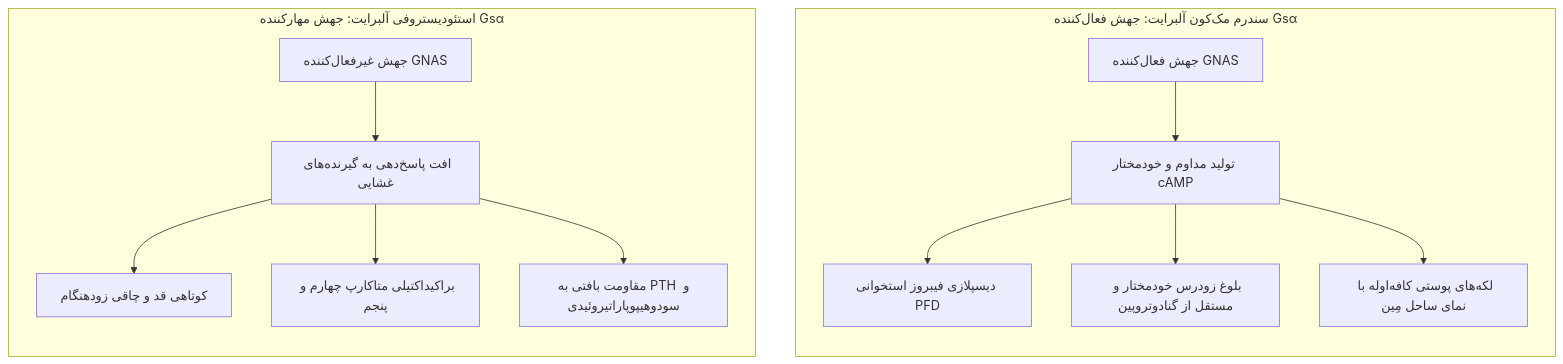
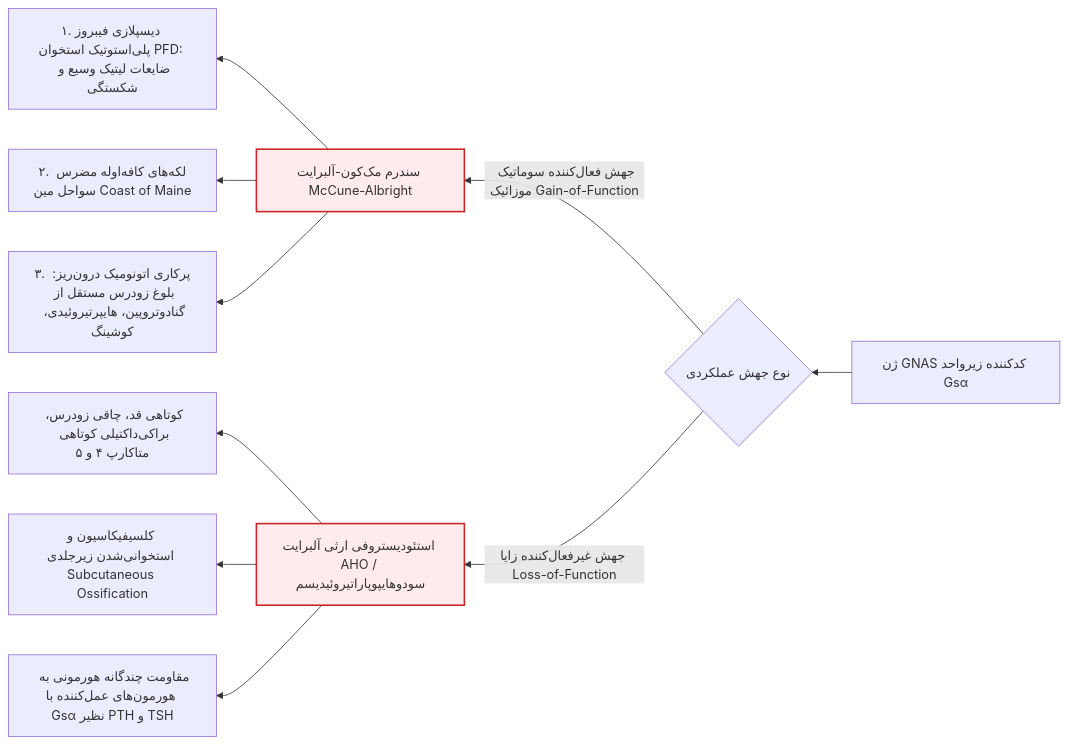
Before and after one commit to neopulse-hub/TUMS-1402-1-neo: the fifth of 8 diagrams in 07/مبانی غدد/کلیات.md, drawn with Mermaid. The commit also changed other lines of this file, not shown here.

````diff
--- a/07/مبانی غدد/کلیات.md
+++ b/07/مبانی غدد/کلیات.md
@@ -74,17 +186,17 @@
 ```mermaid
-flowchart TD
-    subgraph McCune_Albright ["سندرم مک‌کون آلبرایت: جهش فعال‌کننده Gsα"]
-    direction TB
-        A1[جهش فعال‌کننده GNAS] --> B1[تولید مداوم و خودمختار cAMP]
-        B1 --> C1[دیسپلازی فیبروز استخوانی PFD]
-        B1 --> C2[بلوغ زودرس خودمختار و مستقل از گنادوتروپین]
-        B1 --> C3[لکه‌های پوستی کافه‌اوله با نمای ساحل مِین]
-    end
-    subgraph Albright_AHO ["استئودیستروفی آلبرایت: جهش مهارکننده Gsα"]
-    direction TB
-        A2[جهش غیرفعال‌کننده GNAS] --> B2[افت پاسخ‌دهی به گیرنده‌های غشایی]
-        B2 --> D1[کوتاهی قد و چاقی زودهنگام]
-        B2 --> D2[براکیداکتیلی متاکارپ چهارم و پنجم]
-        B2 --> D3[مقاومت بافتی به PTH و سودوهیپوپاراتیروئیدی]
-    end
+flowchart RL
+    classDef mut fill:#ffebee,stroke:#c62828,stroke-width:2px;
+
+    GNAS_Gene[ژن GNAS کدکننده زیرواحد Gsα] --> MutType{نوع جهش عملکردی}
+
+    MutType -->|جهش فعال‌کننده سوماتیک موزائیک Gain-of-Function| MAS[سندرم مک‌کون-آلبرایت McCune-Albright]:::mut
+    MutType -->|جهش غیرفعال‌کننده زایا Loss-of-Function| AHO[استئودیستروفی ارثی آلبرایت AHO / سودوهایپوپاراتیروئیدیسم]:::mut
+
+    MAS --> MAS_Triad1[۱. دیسپلازی فیبروز پلی‌استوتیک استخوان PFD: ضایعات لیتیک وسیع و شکستگی]
+    MAS --> MAS_Triad2[۲. لکه‌های کافه‌اوله مضرس سواحل مین Coast of Maine]
+    MAS --> MAS_Triad3[۳. پرکاری اتونومیک درون‌ریز: بلوغ زودرس مستقل از گنادوتروپین، هایپرتیروئیدی، کوشینگ]
+
+    AHO --> AHO_Sign1[کوتاهی قد، چاقی زودرس، براکی‌داکتیلی کوتاهی متاکارپ ۴ و ۵]
+    AHO --> AHO_Sign2[کلسیفیکاسیون و استخوانی‌شدن زیرجلدی Subcutaneous Ossification]
+    AHO --> AHO_Sign3[مقاومت چندگانه هورمونی به هورمون‌های عمل‌کننده با Gsα نظیر PTH و TSH]
 ```
````
